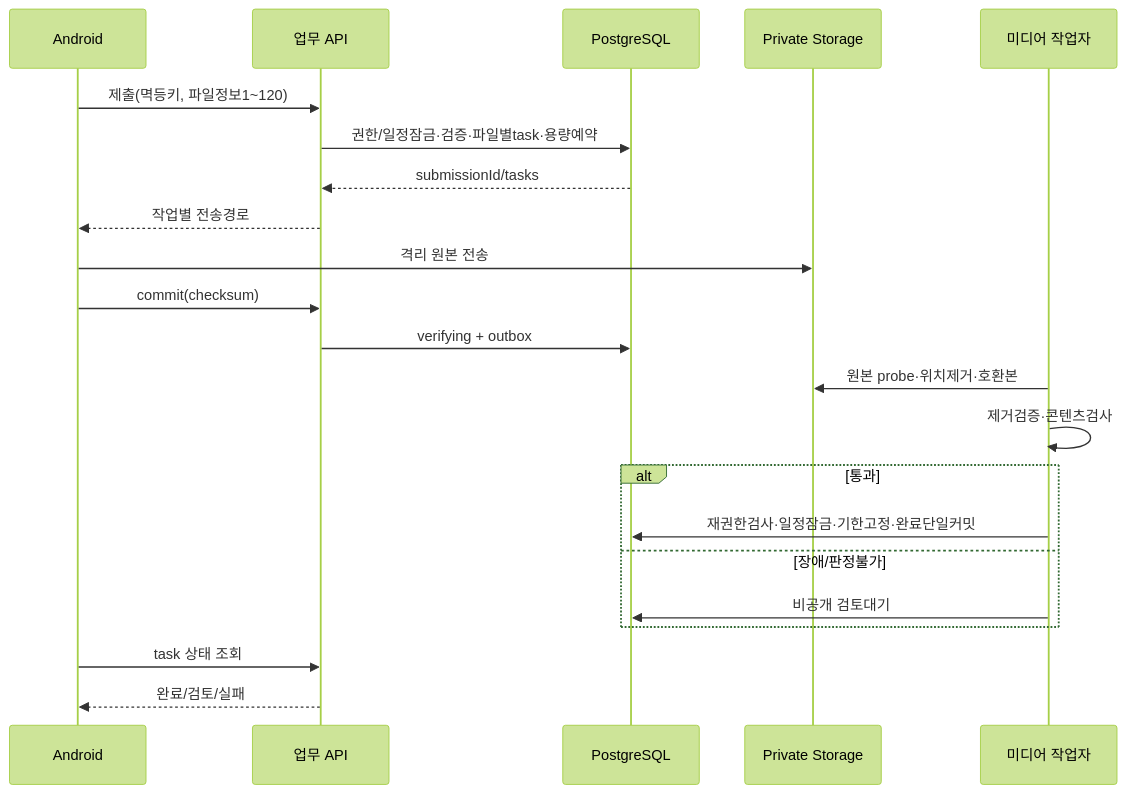
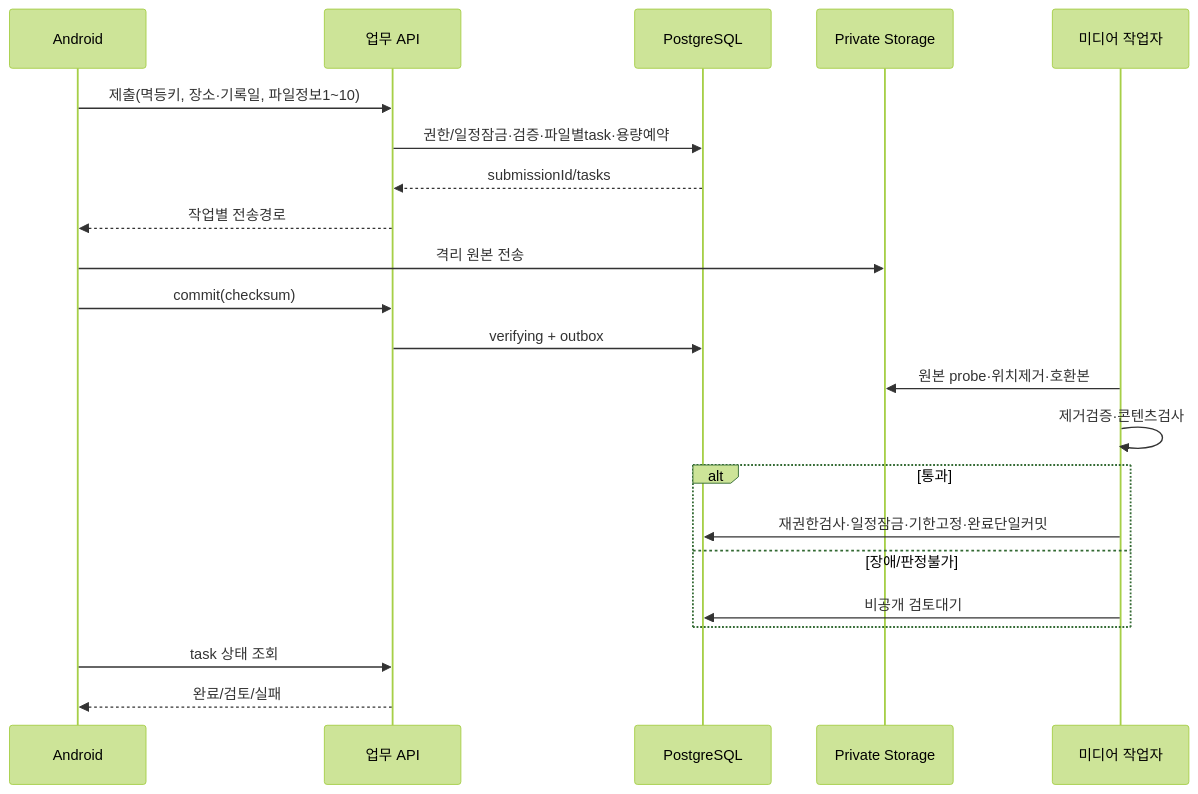
One commit to eunssong2/reelspot changed the diagram in 1차 개발 설계서/부록/다이어그램/01_업로드와보관.mmd. Above: the diagram before and after it, drawn with Mermaid (forest theme). The commit also changed 138 other files, not shown here.

```diff
--- a/1차 개발 설계서/부록/다이어그램/01_업로드와보관.mmd
+++ b/1차 개발 설계서/부록/다이어그램/01_업로드와보관.mmd
@@ -1,22 +1,22 @@
 sequenceDiagram
  participant A as Android
  participant B as 업무 API
  participant D as PostgreSQL
  participant S as Private Storage
  participant W as 미디어 작업자
- A->>B: 제출(멱등키, 파일정보1~120)
+ A->>B: 제출(멱등키, 장소·기록일, 파일정보1~10)
  B->>D: 권한/일정잠금·검증·파일별task·용량예약
  D-->>B: submissionId/tasks
  B-->>A: 작업별 전송경로
  A->>S: 격리 원본 전송
  A->>B: commit(checksum)
  B->>D: verifying + outbox
  W->>S: 원본 probe·위치제거·호환본
  W->>W: 제거검증·콘텐츠검사
  alt 통과
  W->>D: 재권한검사·일정잠금·기한고정·완료단일커밋
  else 장애/판정불가
  W->>D: 비공개 검토대기
  end
  A->>B: task 상태 조회
  B-->>A: 완료/검토/실패
```
